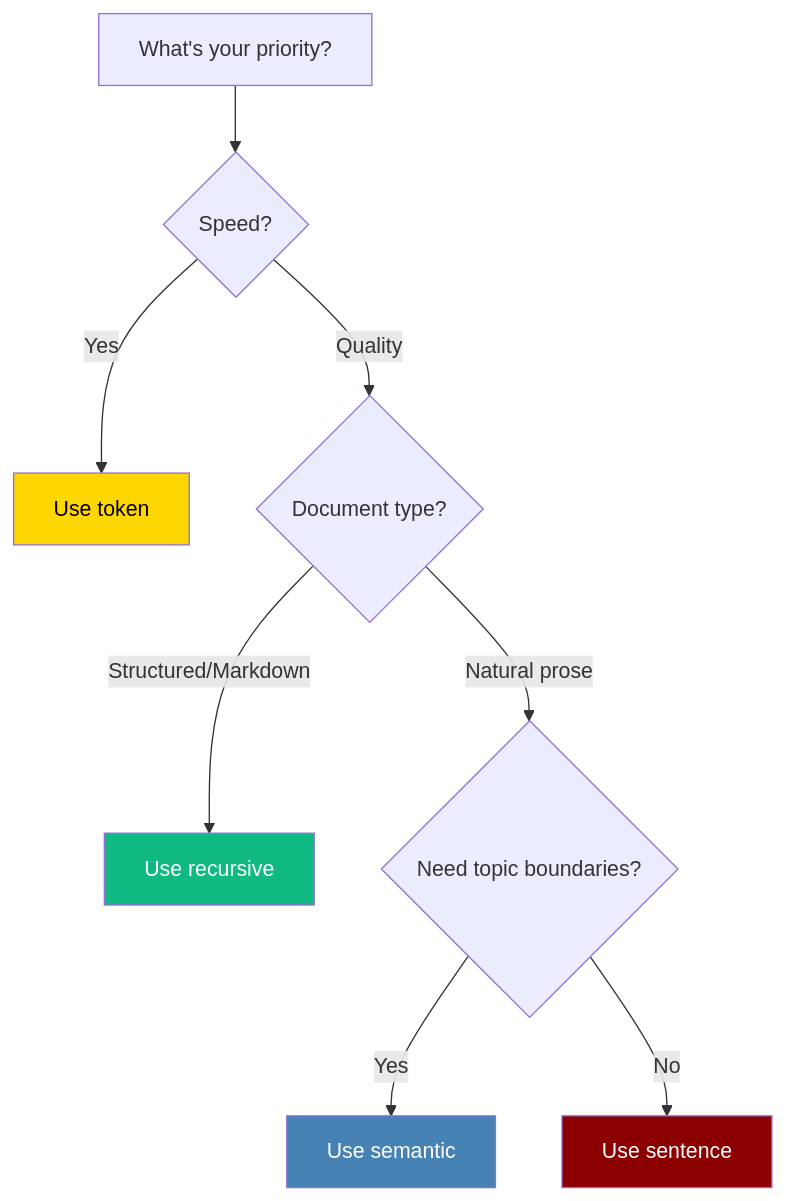
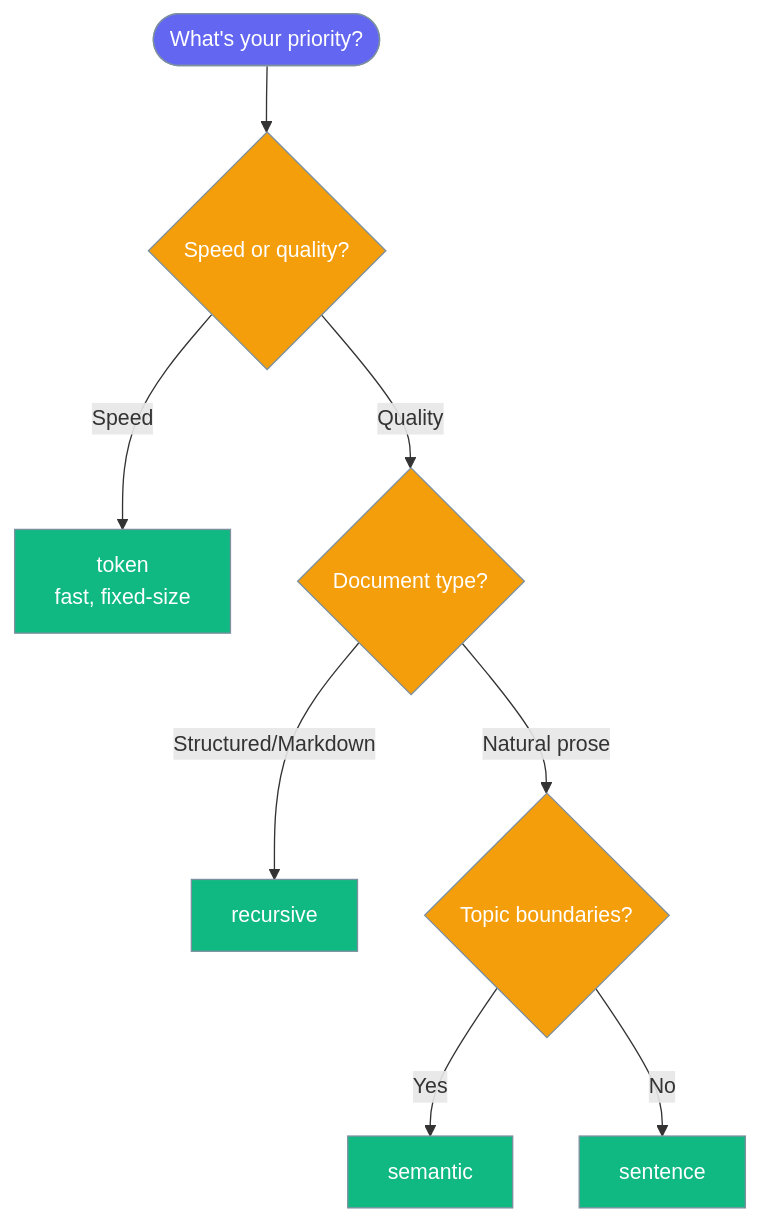
One commit to MervinPraison/PraisonAIDocs changed the second of 3 diagrams in docs/features/chunking-strategies.mdx. Above: the diagram before and after it, drawn with Mermaid. The commit also changed other lines of this file and 2 other files, not shown here.

Commit message:
docs: add graph LR hero + sequenceDiagram to chunking-strategies, bot-routing, chat-with-pdf (#1675)

````diff
--- a/docs/features/chunking-strategies.mdx
+++ b/docs/features/chunking-strategies.mdx
@@ -214,15 +203,18 @@
 ```mermaid
-flowchart TD
-    A[What's your priority?] --> B{Speed?}
-    B -->|Yes| C[Use token]
+graph TB
+    Start([What's your priority?]) --> B{Speed or quality?}
+    B -->|Speed| C[token<br/>fast, fixed-size]
     B -->|Quality| D{Document type?}
-    D -->|Structured/Markdown| E[Use recursive]
-    D -->|Natural prose| F{Need topic boundaries?}
-    F -->|Yes| G[Use semantic]
-    F -->|No| H[Use sentence]
-    
-    style C fill:#FFD700,color:#000
-    style E fill:#10B981,color:#fff
-    style G fill:#4682B4,color:#fff
-    style H fill:#8B0000,color:#fff
+    D -->|Structured/Markdown| E[recursive]
+    D -->|Natural prose| F{Topic boundaries?}
+    F -->|Yes| G[semantic]
+    F -->|No| H[sentence]
+
+    classDef start fill:#6366F1,stroke:#7C90A0,color:#fff
+    classDef question fill:#F59E0B,stroke:#7C90A0,color:#fff
+    classDef answer fill:#10B981,stroke:#7C90A0,color:#fff
+
+    class Start start
+    class B,D,F question
+    class C,E,G,H answer
 ```
````
